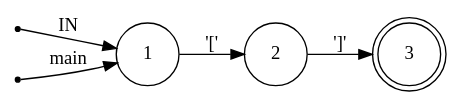
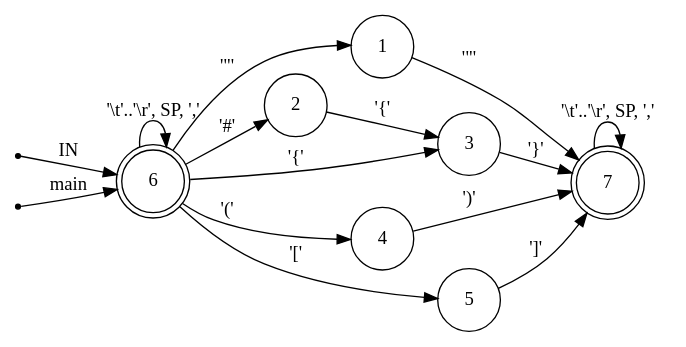
One commit to bjeanes/go-edn changed the diagram in ragel_parser.dot. Above: the diagram before and after it, drawn with Graphviz. The commit also changed 2 other files, not shown here.

```diff
--- a/ragel_parser.dot
+++ b/ragel_parser.dot
@@ -1,14 +1,25 @@
 digraph ednParser {
 	rankdir=LR;
 	node [ shape = point ];
 	ENTRY;
-	en_1;
+	en_6;
 	node [ shape = circle, height = 0.2 ];
 	node [ fixedsize = true, height = 0.65, shape = doublecircle ];
-	3;
+	6;
+	7;
 	node [ shape = circle ];
-	1 -> 2 [ label = "'['" ];
-	2 -> 3 [ label = "']'" ];
-	ENTRY -> 1 [ label = "IN" ];
-	en_1 -> 1 [ label = "main" ];
+	1 -> 7 [ label = "'\"'" ];
+	2 -> 3 [ label = "'{'" ];
+	3 -> 7 [ label = "'}'" ];
+	4 -> 7 [ label = "')'" ];
+	5 -> 7 [ label = "']'" ];
+	6 -> 6 [ label = "'\\t'..'\\r', SP, ','" ];
+	6 -> 1 [ label = "'\"'" ];
+	6 -> 2 [ label = "'#'" ];
+	6 -> 4 [ label = "'('" ];
+	6 -> 5 [ label = "'['" ];
+	6 -> 3 [ label = "'{'" ];
+	7 -> 7 [ label = "'\\t'..'\\r', SP, ','" ];
+	ENTRY -> 6 [ label = "IN" ];
+	en_6 -> 6 [ label = "main" ];
 }
```
